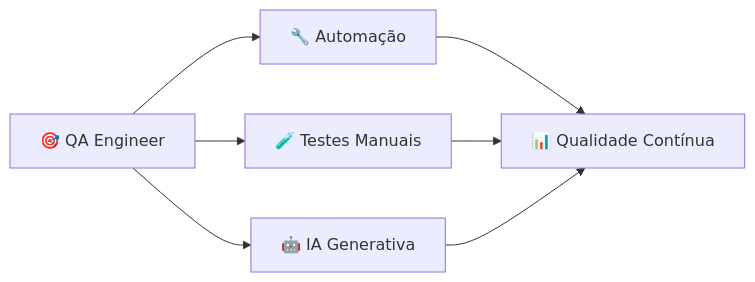
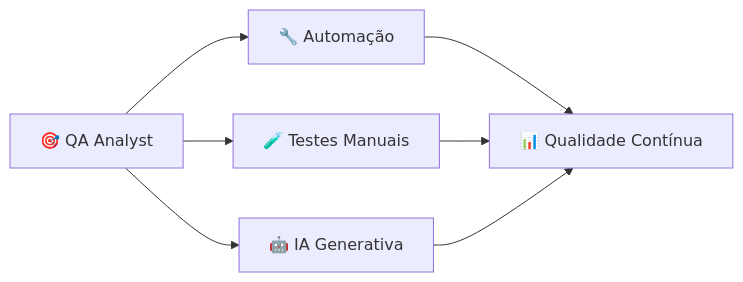
One commit to urielqa/urielqa changed the first of 2 diagrams in README.md. Above: the diagram before and after it, drawn with Mermaid. The commit also changed other lines of this file, not shown here.

````diff
--- a/README.md
+++ b/README.md
@@ -37,9 +37,9 @@
 ```mermaid
 graph LR
-    A[🎯 QA Engineer] --> B[🔧 Automação]
+    A[🎯 QA Analyst] --> B[🔧 Automação]
     A --> C[🧪 Testes Manuais]
     A --> D[🤖 IA Generativa]
     B --> E[📊 Qualidade Contínua]
     C --> E
     D --> E
 ```
````
